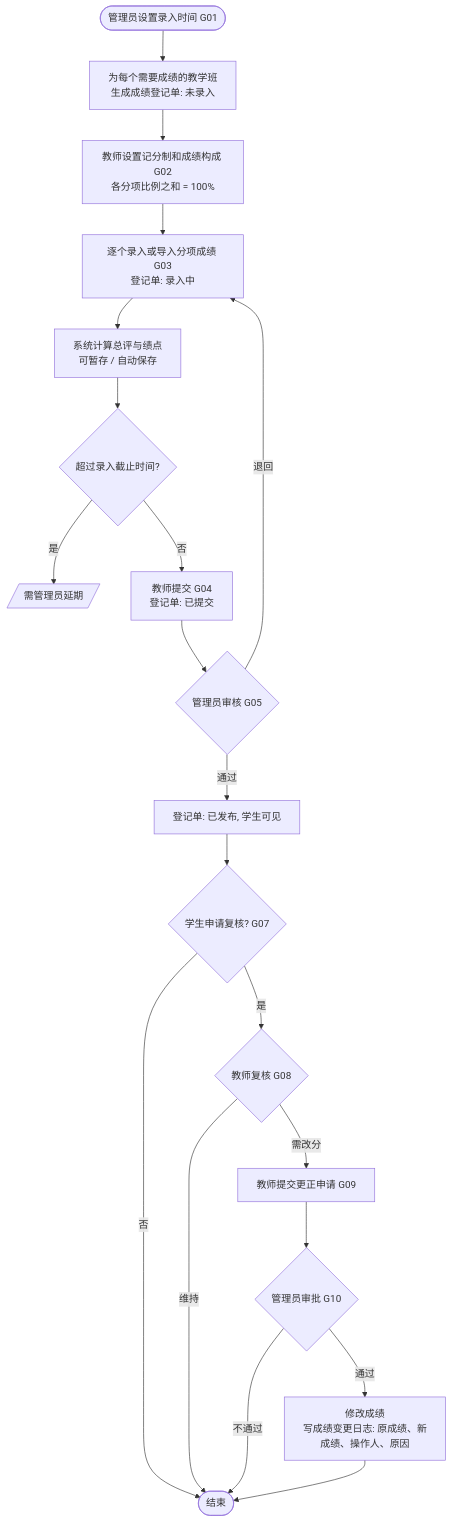
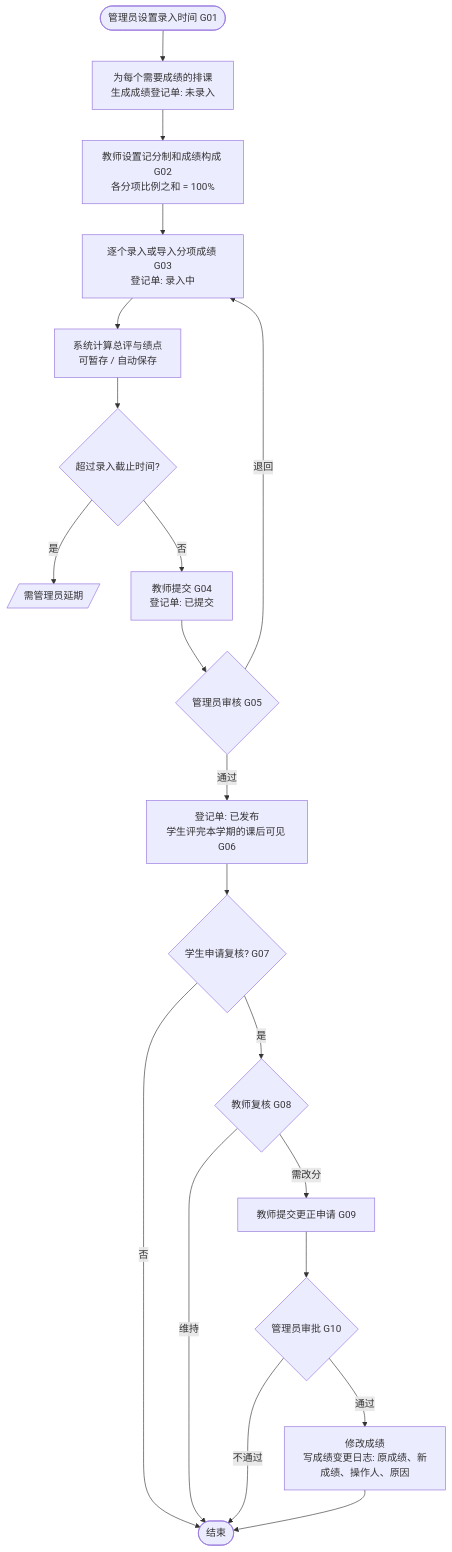
Before and after one commit to We1chan/databasecoursedesign: the fifth of 14 diagrams in docs/需求分析文档.md, drawn with Mermaid. The commit also changed other lines of this file and 29 other files, not shown here.

````diff
--- a/docs/需求分析文档.md
+++ b/docs/需求分析文档.md
@@ -966,22 +650,22 @@
 ```mermaid
 flowchart TD
-    A([管理员设置录入时间 G01]) --> B[为每个需要成绩的教学班<br/>生成成绩登记单: 未录入]
+    A([管理员设置录入时间 G01]) --> B[为每个需要成绩的排课<br/>生成成绩登记单: 未录入]
     B --> C[教师设置记分制和成绩构成 G02<br/>各分项比例之和 = 100%]
     C --> D[逐个录入或导入分项成绩 G03<br/>登记单: 录入中]
     D --> E[系统计算总评与绩点<br/>可暂存 / 自动保存]
     E --> F{超过录入截止时间?}
     F -- 是 --> X[/需管理员延期/]
     F -- 否 --> G[教师提交 G04<br/>登记单: 已提交]
     G --> H{管理员审核 G05}
     H -- 退回 --> D
-    H -- 通过 --> J[登记单: 已发布, 学生可见]
+    H -- 通过 --> J[登记单: 已发布<br/>学生评完本学期的课后可见 G06]
     J --> K{学生申请复核? G07}
     K -- 否 --> Z([结束])
     K -- 是 --> L{教师复核 G08}
     L -- 维持 --> Z
     L -- 需改分 --> M[教师提交更正申请 G09]
     M --> N{管理员审批 G10}
     N -- 不通过 --> Z
     N -- 通过 --> O[修改成绩<br/>写成绩变更日志: 原成绩、新成绩、操作人、原因]
     O --> Z
 ```
````
